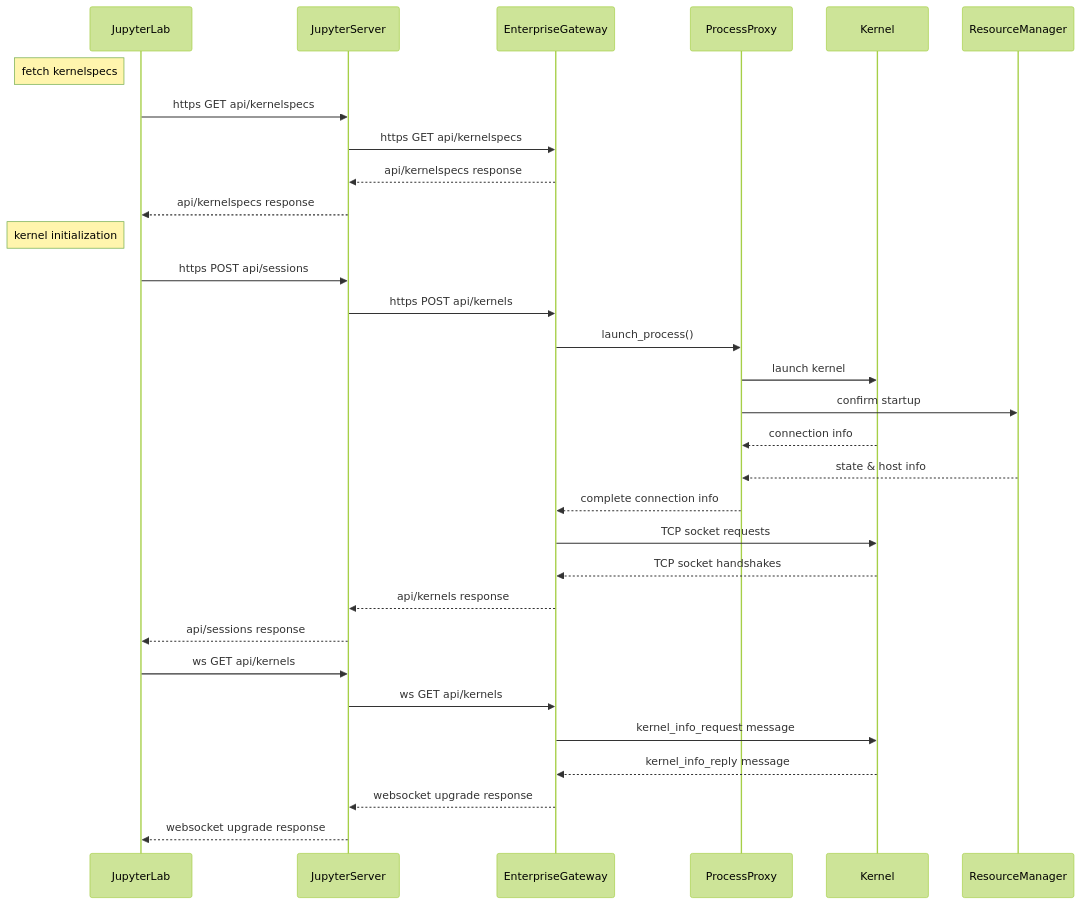
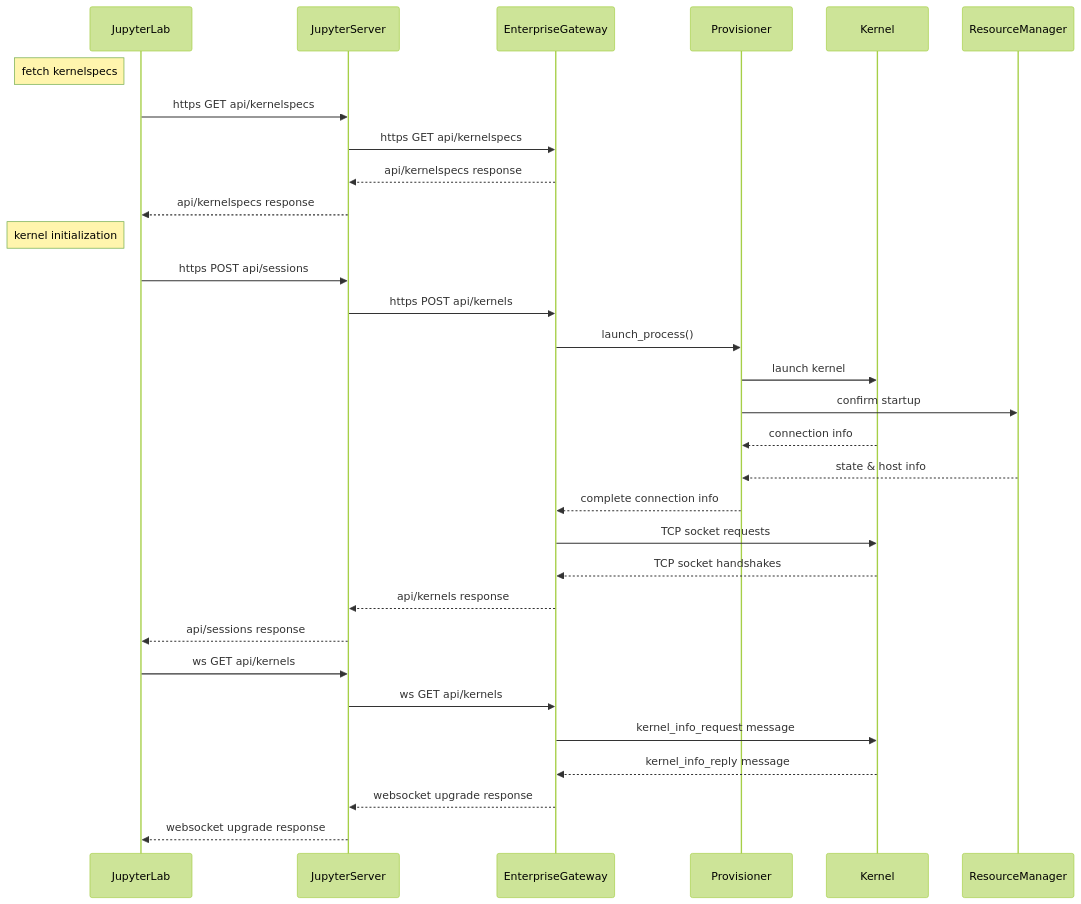
One commit to jupyter-server/gateway_provisioners changed the diagram in docs/source/contributors/sequence-diagrams.md. Above: the diagram before and after it, drawn with Mermaid (forest theme). The commit also changed 27 other files, not shown here.

````diff
--- a/docs/source/contributors/sequence-diagrams.md
+++ b/docs/source/contributors/sequence-diagrams.md
@@ -13,35 +13,35 @@
 ```{mermaid}
     sequenceDiagram
         participant JupyterLab
         participant JupyterServer
         participant EnterpriseGateway
-        participant ProcessProxy
+        participant Provisioner
         participant Kernel
         participant ResourceManager
         Note left of JupyterLab: fetch kernelspecs
         JupyterLab->>JupyterServer: https GET api/kernelspecs
         JupyterServer->>EnterpriseGateway: https GET api/kernelspecs
         EnterpriseGateway-->>JupyterServer: api/kernelspecs response
         JupyterServer-->>JupyterLab: api/kernelspecs response
 
         Note left of JupyterLab: kernel initialization
         JupyterLab->>JupyterServer: https POST api/sessions
         JupyterServer->>EnterpriseGateway: https POST api/kernels
-        EnterpriseGateway->>ProcessProxy: launch_process()
-        ProcessProxy->>Kernel: launch kernel
-        ProcessProxy->>ResourceManager: confirm startup
-        Kernel-->>ProcessProxy: connection info
-        ResourceManager-->>ProcessProxy: state & host info
-        ProcessProxy-->>EnterpriseGateway: complete connection info
+        EnterpriseGateway->>Provisioner: launch_process()
+        Provisioner->>Kernel: launch kernel
+        Provisioner->>ResourceManager: confirm startup
+        Kernel-->>Provisioner: connection info
+        ResourceManager-->>Provisioner: state & host info
+        Provisioner-->>EnterpriseGateway: complete connection info
         EnterpriseGateway->>Kernel: TCP socket requests
         Kernel-->>EnterpriseGateway: TCP socket handshakes
         EnterpriseGateway-->>JupyterServer: api/kernels response
         JupyterServer-->>JupyterLab: api/sessions response
 
         JupyterLab->>JupyterServer: ws GET api/kernels
         JupyterServer->>EnterpriseGateway: ws GET api/kernels
         EnterpriseGateway->>Kernel: kernel_info_request message
         Kernel-->>EnterpriseGateway: kernel_info_reply message
         EnterpriseGateway-->>JupyterServer: websocket upgrade response
         JupyterServer-->>JupyterLab: websocket upgrade response
 ```
````
